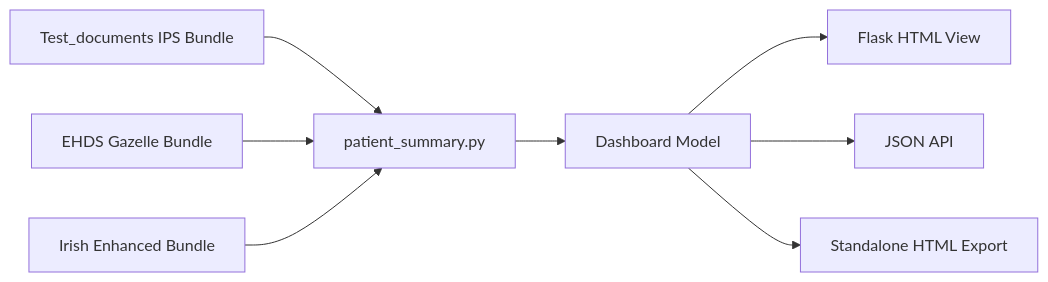
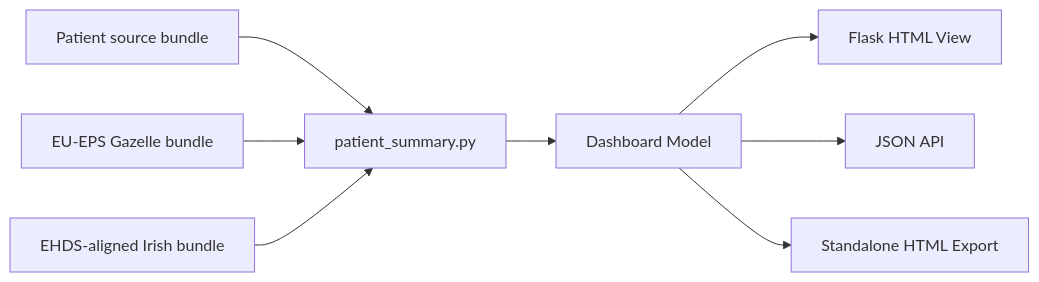
Before and after one commit to ddeveloper72/ehds-patient-summary-alignment: the first of 3 diagrams in README.md, drawn with Mermaid. The commit also changed other lines of this file, not shown here.

````diff
--- a/README.md
+++ b/README.md
@@ -72,10 +72,10 @@
 ```mermaid
 flowchart LR
-    A[Test_documents IPS Bundle] --> D[patient_summary.py]
-    B[EHDS Gazelle Bundle] --> D
-    C[Irish Enhanced Bundle] --> D
+    A[Patient source bundle] --> D[patient_summary.py]
+    B[EU-EPS Gazelle bundle] --> D
+    C[EHDS-aligned Irish bundle] --> D
     D --> E[Dashboard Model]
     E --> F[Flask HTML View]
     E --> G[JSON API]
     E --> H[Standalone HTML Export]
 ```
````
